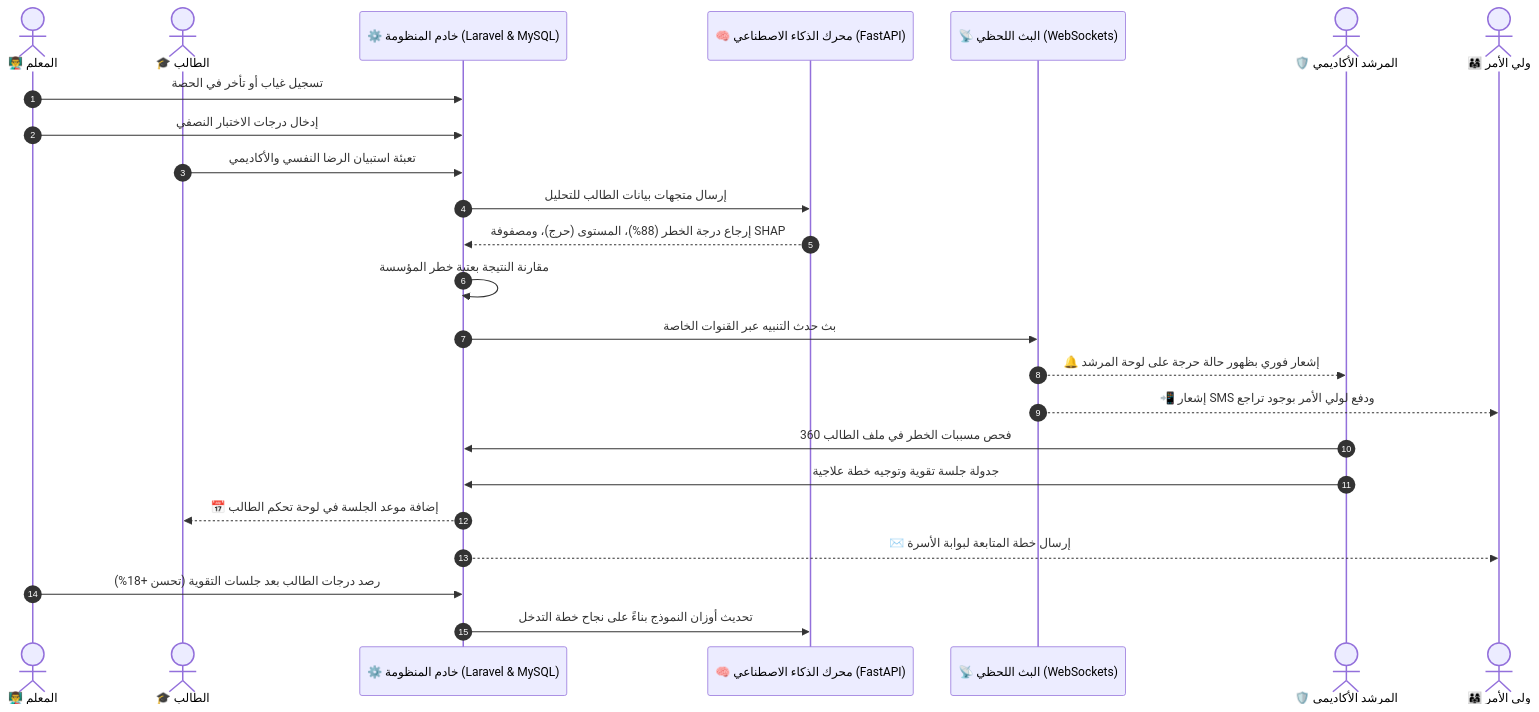
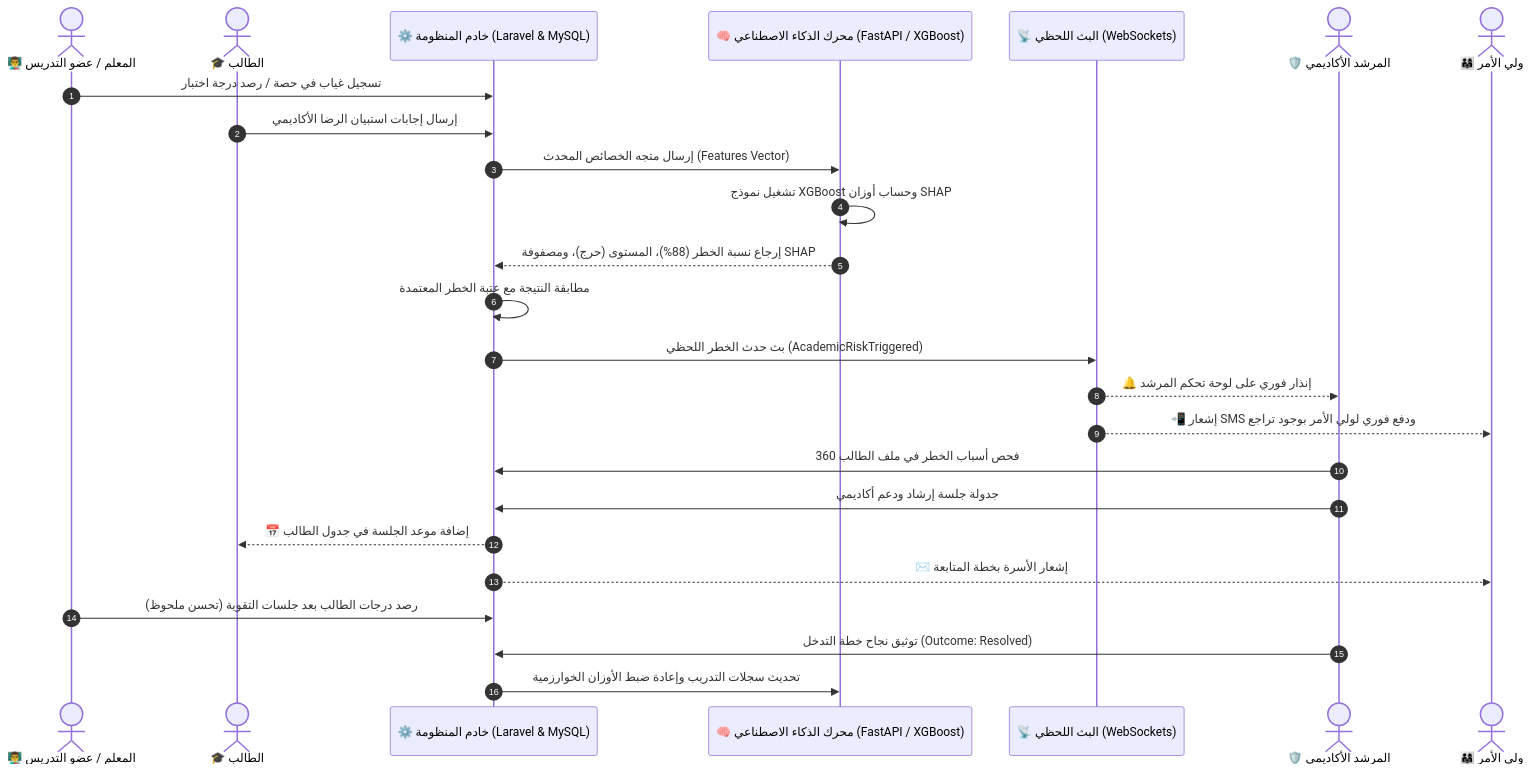
One commit to ebrahem-eng/Student_Behavior_Analysis_front_end changed the fourth of 4 diagrams in USER_MANUAL_AR.md. Above: the diagram before and after it, drawn with Mermaid. The commit also changed other lines of this file, not shown here.

````diff
--- a/USER_MANUAL_AR.md
+++ b/USER_MANUAL_AR.md
@@ -200,36 +364,37 @@
 ```mermaid
 sequenceDiagram
     autonumber
-    actor Teacher as 👨‍🏫 المعلم
+    actor Teacher as 👨‍🏫 المعلم / عضو التدريس
     actor Student as 🎓 الطالب
     participant Laravel as ⚙️ خادم المنظومة (Laravel & MySQL)
-    participant AI as 🧠 محرك الذكاء الاصطناعي (FastAPI)
+    participant AI as 🧠 محرك الذكاء الاصطناعي (FastAPI / XGBoost)
     participant Reverb as 📡 البث اللحظي (WebSockets)
     actor Advisor as 🛡️ المرشد الأكاديمي
     actor Parent as 👨‍👩‍👧 ولي الأمر
 
-    %% المرحلة 1: رصد البيانات
-    Teacher->>Laravel: تسجيل غياب أو تأخر في الحصة
-    Teacher->>Laravel: إدخال درجات الاختبار النصفي
-    Student->>Laravel: تعبئة استبيان الرضا النفسي والأكاديمي
+    %% المرحلة 1: رصد البيانات الأولية
+    Teacher->>Laravel: تسجيل غياب في حصة / رصد درجة اختبار
+    Student->>Laravel: إرسال إجابات استبيان الرضا الأكاديمي
+    
+    %% المرحلة 2: المعالجة والتنبؤ بالذكاء الاصطناعي
+    Laravel->>AI: إرسال متجه الخصائص المحدث (Features Vector)
+    AI->>AI: تشغيل نموذج XGBoost وحساب أوزان SHAP
+    AI-->>Laravel: إرجاع نسبة الخطر (88%)، المستوى (حرج)، ومصفوفة SHAP
 
-    %% المرحلة 2: التحليل والتنبؤ
-    Laravel->>AI: إرسال متجهات بيانات الطالب للتحليل
-    AI-->>Laravel: إرجاع درجة الخطر (88%)، المستوى (حرج)، ومصفوفة SHAP
+    %% المرحلة 3: مقارنة العتبات وإطلاق التنبيهات
+    Laravel->>Laravel: مطابقة النتيجة مع عتبة الخطر المعتمدة
+    Laravel->>Reverb: بث حدث الخطر اللحظي (AcademicRiskTriggered)
+    Reverb-->>Advisor: 🔔 إنذار فوري على لوحة تحكم المرشد
+    Reverb-->>Parent: 📲 إشعار SMS ودفع فوري لولي الأمر بوجود تراجع
 
-    %% المرحلة 3: توليد التنبيهات
-    Laravel->>Laravel: مقارنة النتيجة بعتبة خطر المؤسسة
-    Laravel->>Reverb: بث حدث التنبيه عبر القنوات الخاصة
-    Reverb-->>Advisor: 🔔 إشعار فوري بظهور حالة حرجة على لوحة المرشد
-    Reverb-->>Parent: 📲 إشعار SMS ودفع لولي الأمر بوجود تراجع
+    %% المرحلة 4: التدخل والدعم الأكاديمي
+    Advisor->>Laravel: فحص أسباب الخطر في ملف الطالب 360
+    Advisor->>Laravel: جدولة جلسة إرشاد ودعم أكاديمي
+    Laravel-->>Student: 📅 إضافة موعد الجلسة في جدول الطالب
+    Laravel-->>Parent: ✉️ إشعار الأسرة بخطة المتابعة
 
-    %% المرحلة 4: إجراء التدخل
-    Advisor->>Laravel: فحص مسببات الخطر في ملف الطالب 360
-    Advisor->>Laravel: جدولة جلسة تقوية وتوجيه خطة علاجية
-    Laravel-->>Student: 📅 إضافة موعد الجلسة في لوحة تحكم الطالب
-    Laravel-->>Parent: ✉️ إرسال خطة المتابعة لبوابة الأسرة
-
-    %% المرحلة 5: قياس الأثر والتعلم
-    Teacher->>Laravel: رصد درجات الطالب بعد جلسات التقوية (تحسن +18%)
-    Laravel->>AI: تحديث أوزان النموذج بناءً على نجاح خطة التدخل
+    %% المرحلة 5: قياس الأثر والتعلم المستمر
+    Teacher->>Laravel: رصد درجات الطالب بعد جلسات التقوية (تحسن ملحوظ)
+    Advisor->>Laravel: توثيق نجاح خطة التدخل (Outcome: Resolved)
+    Laravel->>AI: تحديث سجلات التدريب وإعادة ضبط الأوزان الخوارزمية
 ```
````
